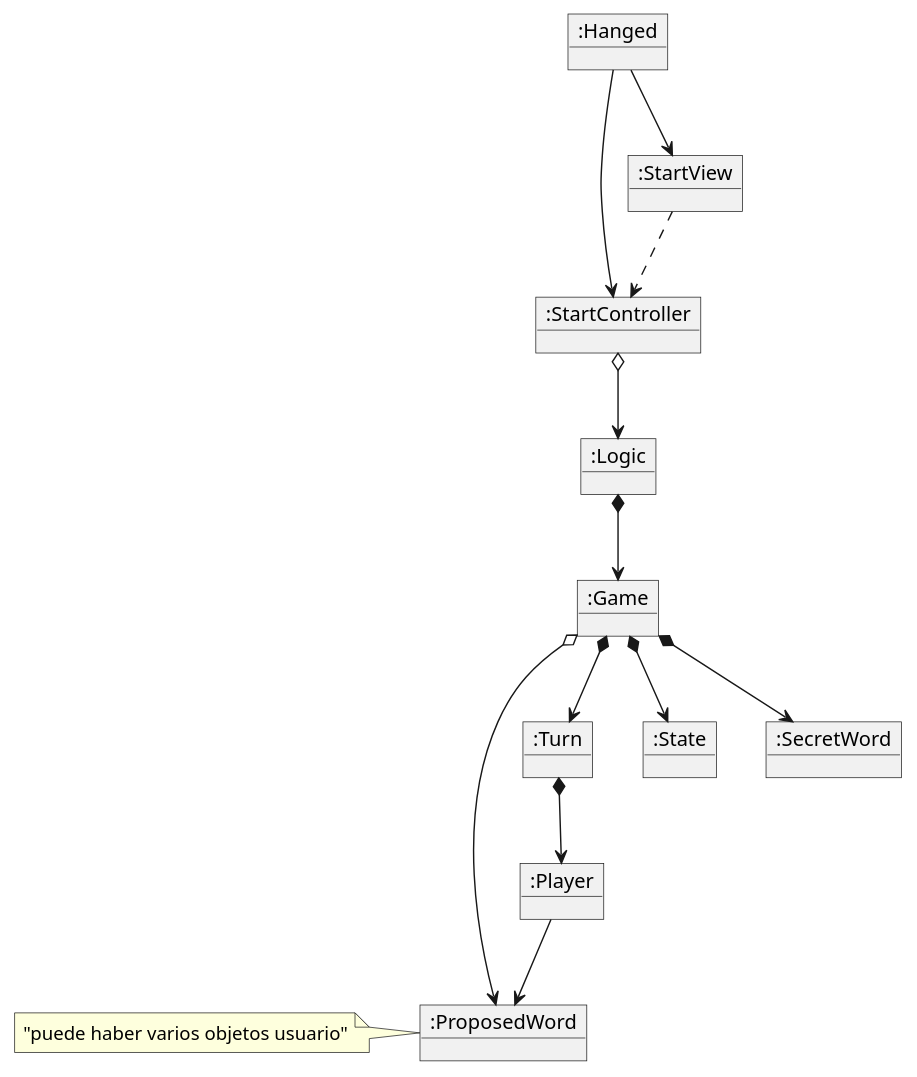
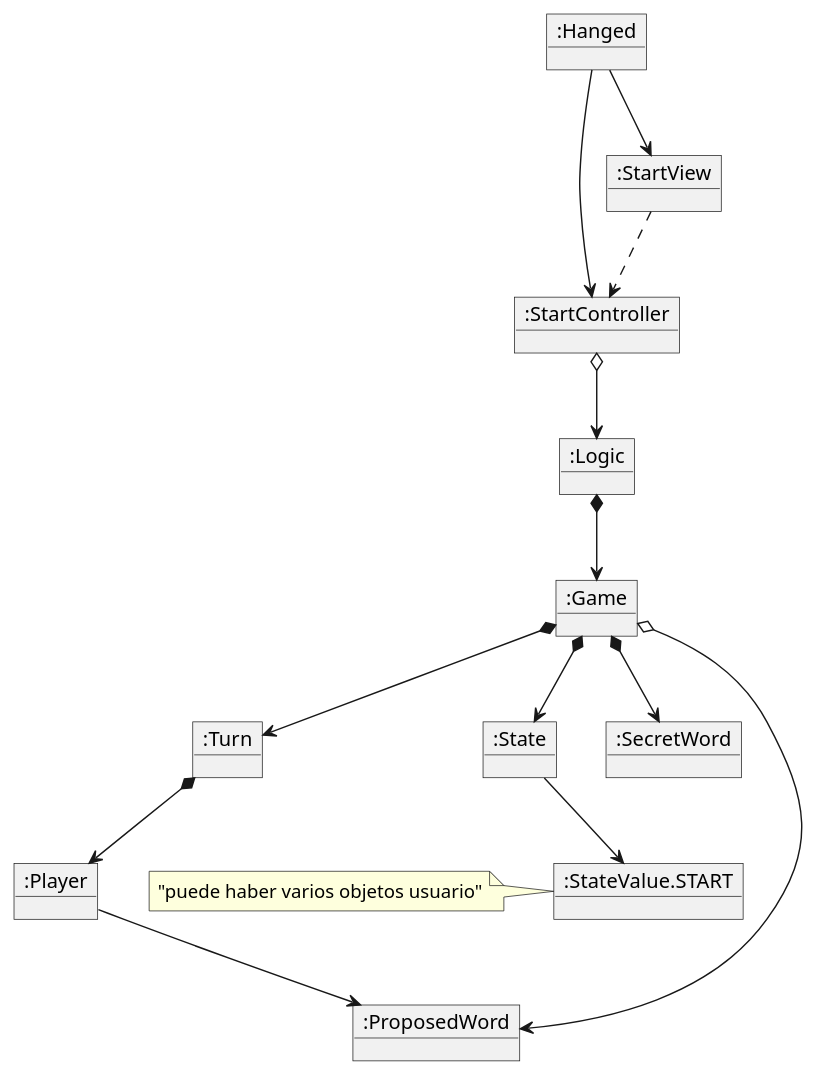
The diagram in requirements/puml/InitalState.puml (jumpering/Hanged), drawn with PlantUML before and after one commit. The commit also changed 2 other files, not shown here.

```diff
--- a/requirements/puml/InitalState.puml
+++ b/requirements/puml/InitalState.puml
@@ -1,28 +1,30 @@
 @startuml
 Object ":Hanged" as Hanged
 Object ":Turn" as Turn
 Object ":StartController" as StartController
 Object ":Logic" as Logic
 Object ":Game" as Game
 Object ":State" as State
 Object ":Player" as Player
 Object ":StartView" as StartView
 Object ":SecretWord" as SecretWord
 Object ":ProposedWord" as ProposedWord
+Object ":StateValue.START" as StateValue
 
 
 
 Hanged --> StartView
 Hanged --> StartController
 StartView ..> StartController
 StartController o--> Logic
 Logic *--> Game
 Game *--> Turn
 Game *--> State
 Game *--> SecretWord
+State --> StateValue
 Turn *--> Player
 note left: "puede haber varios objetos usuario"
 Player --> ProposedWord
 Game o--> ProposedWord
 
 @enduml
```
